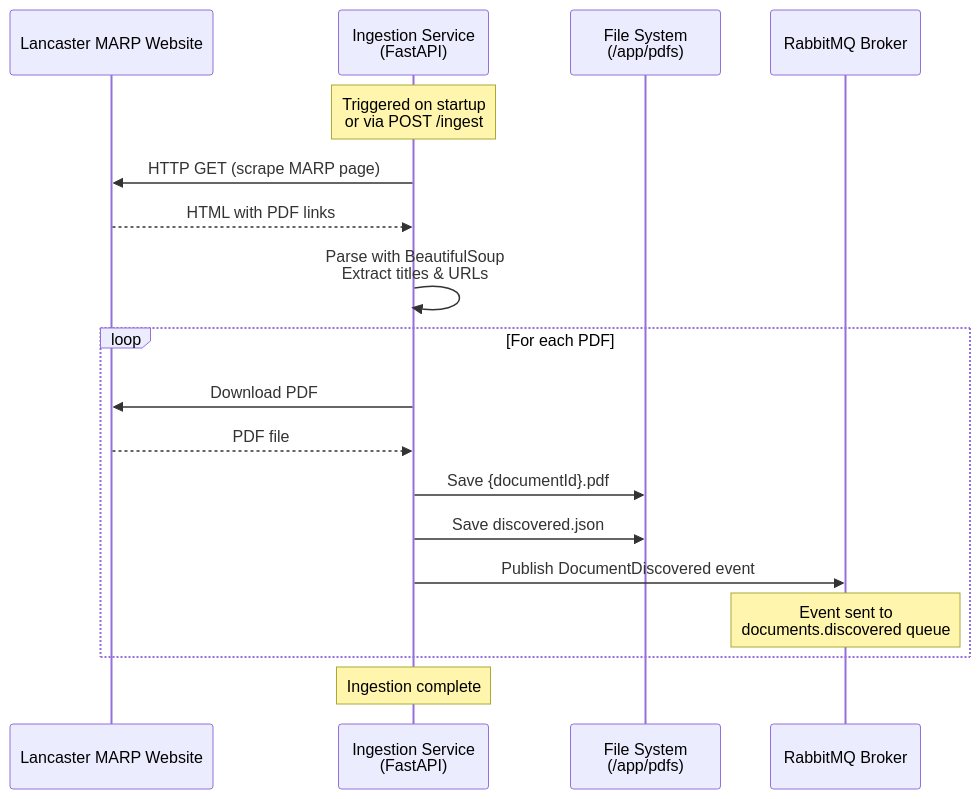
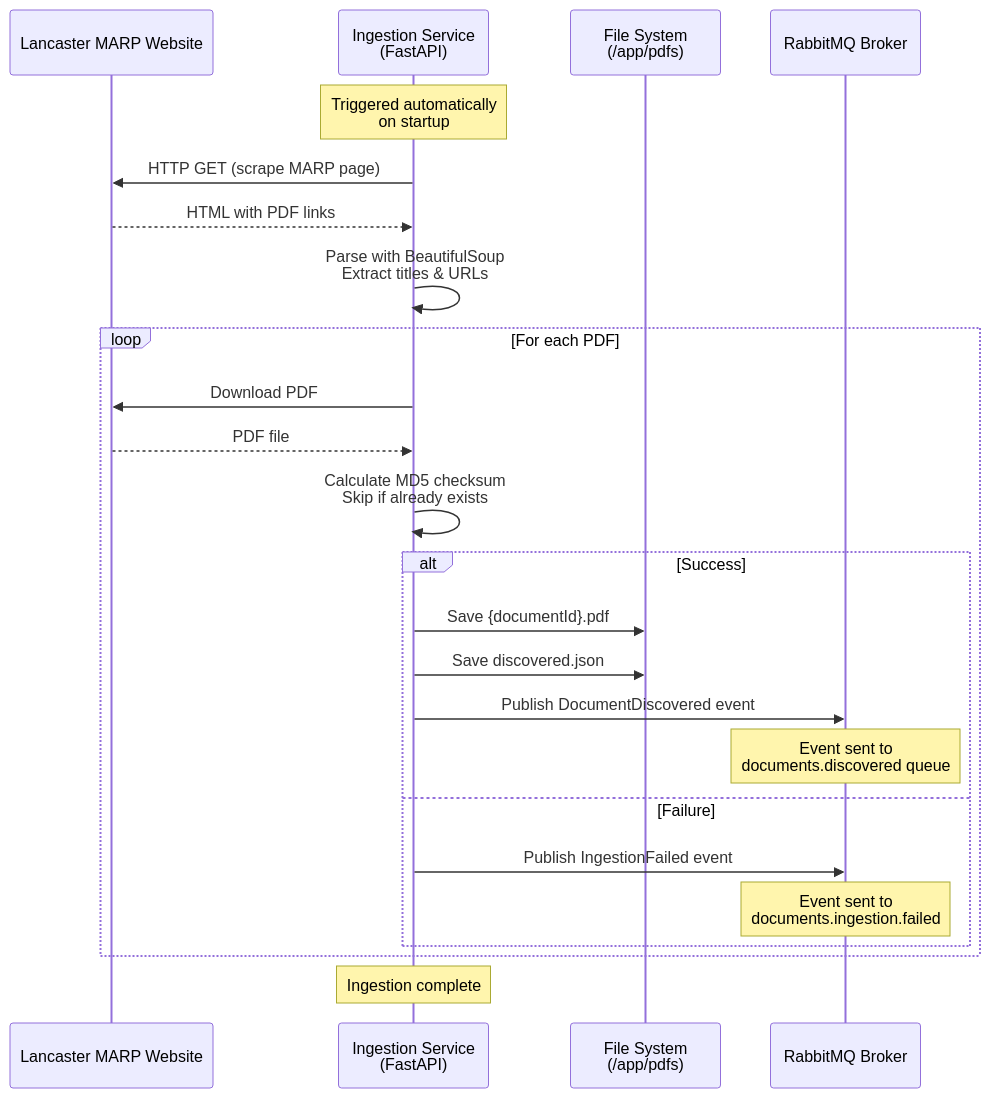
Before and after one commit to Th30utcast/MARP-Guide-AI: the diagram in docs/services/Ingestion/Ingestion_pipeline.md, drawn with Mermaid. The commit also changed other lines of this file and 12 other files, not shown here.

````diff
--- a/docs/services/Ingestion/Ingestion_pipeline.md
+++ b/docs/services/Ingestion/Ingestion_pipeline.md
@@ -5,28 +5,34 @@
 ``` mermaid
 sequenceDiagram
   participant WEB as Lancaster MARP Website
   participant IG as Ingestion Service<br/>(FastAPI)
   participant FS as File System<br/>(/app/pdfs)
   participant BR as RabbitMQ Broker
 
-  Note over IG: Triggered on startup<br/>or via POST /ingest
+  Note over IG: Triggered automatically<br/>on startup
 
   IG->>WEB: HTTP GET (scrape MARP page)
   WEB-->>IG: HTML with PDF links
 
   IG->>IG: Parse with BeautifulSoup<br/>Extract titles & URLs
 
   loop For each PDF
     IG->>WEB: Download PDF
     WEB-->>IG: PDF file
 
-    IG->>FS: Save {documentId}.pdf
-    IG->>FS: Save discovered.json
+    IG->>IG: Calculate MD5 checksum<br/>Skip if already exists
 
-    IG->>BR: Publish DocumentDiscovered event
+    alt Success
+      IG->>FS: Save {documentId}.pdf
+      IG->>FS: Save discovered.json
 
-    Note over BR: Event sent to<br/>documents.discovered queue
+      IG->>BR: Publish DocumentDiscovered event
+      Note over BR: Event sent to<br/>documents.discovered queue
+    else Failure
+      IG->>BR: Publish IngestionFailed event
+      Note over BR: Event sent to<br/>documents.ingestion.failed
+    end
   end
 
   Note over IG: Ingestion complete
 ```
````
